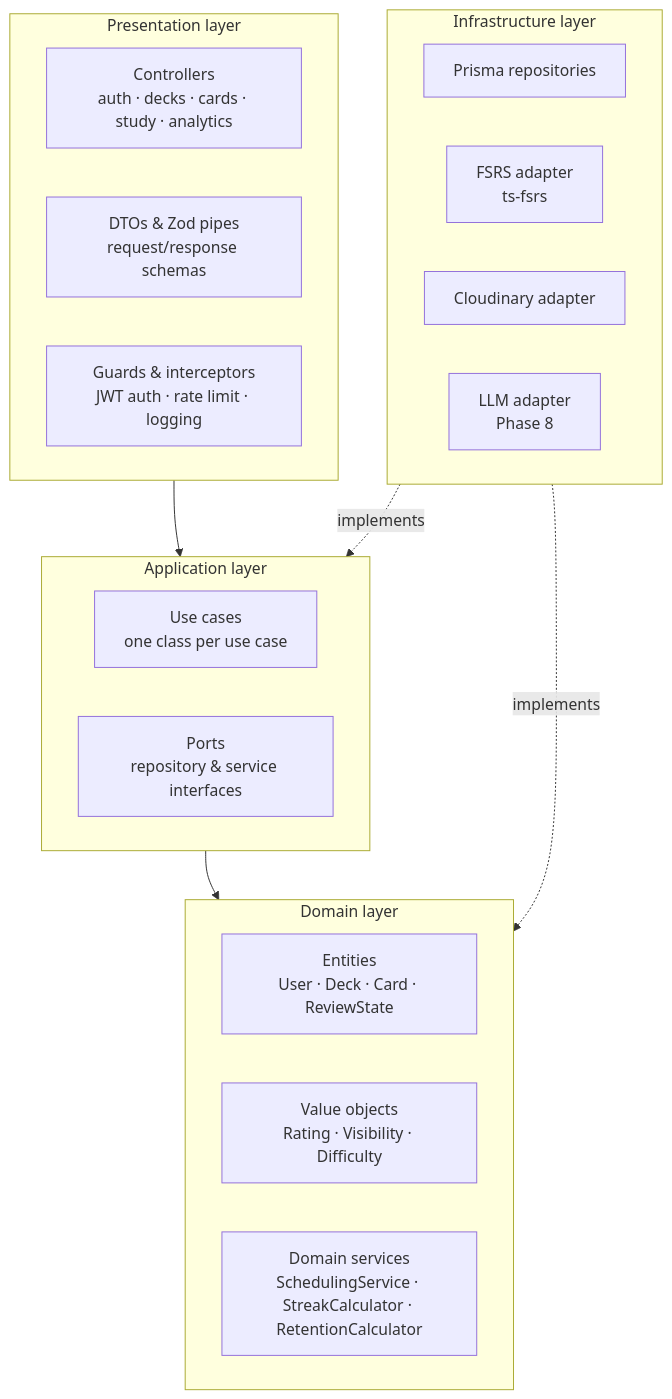
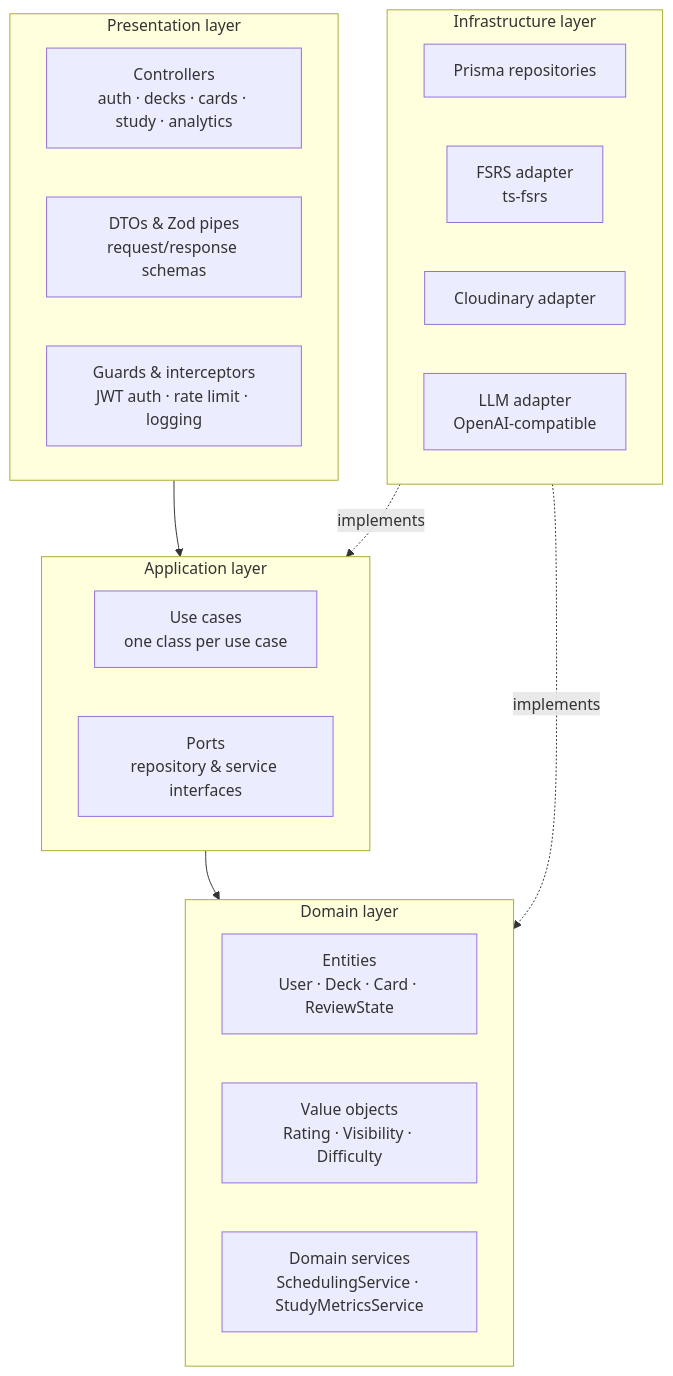
The third of 4 diagrams in docs/02-architecture/overview.md (NFGS/deckup), drawn with Mermaid before and after one commit. The commit also changed other lines of this file and 8 other files, not shown here.

````diff
--- a/docs/02-architecture/overview.md
+++ b/docs/02-architecture/overview.md
@@ -76,31 +76,31 @@
 ```mermaid
 flowchart TB
     subgraph presentation["Presentation layer"]
         C1[Controllers<br/>auth · decks · cards · study · analytics]
         C2[DTOs & Zod pipes<br/>request/response schemas]
         C3[Guards & interceptors<br/>JWT auth · rate limit · logging]
     end
 
     subgraph application["Application layer"]
         U1[Use cases<br/>one class per use case]
         U2[Ports<br/>repository & service interfaces]
     end
 
     subgraph domain["Domain layer"]
         D1[Entities<br/>User · Deck · Card · ReviewState]
         D2[Value objects<br/>Rating · Visibility · Difficulty]
-        D3[Domain services<br/>SchedulingService · StreakCalculator · RetentionCalculator]
+        D3[Domain services<br/>SchedulingService · StudyMetricsService]
     end
 
     subgraph infrastructure["Infrastructure layer"]
         I1[Prisma repositories]
         I2[FSRS adapter<br/>ts-fsrs]
         I3[Cloudinary adapter]
-        I4[LLM adapter<br/>Phase 8]
+        I4[LLM adapter<br/>OpenAI-compatible]
     end
 
     presentation --> application
     application --> domain
     infrastructure -. implements .-> application
     infrastructure -. implements .-> domain
 ```
````
